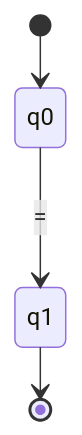
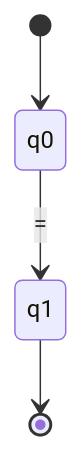
One commit to MuriloSilvaRego/LSD changed the diagram in Automatons/AFD_Atribuicao.md. Above: the diagram before and after it, drawn with Mermaid.

````diff
--- a/Automatons/AFD_Atribuicao.md
+++ b/Automatons/AFD_Atribuicao.md
@@ -1,7 +1,6 @@
 ```mermaid
-%%{ init: { "layout": "elk" } }%%
 stateDiagram-v2
     [*] --> q0
     q0 --> q1 : =
     q1 --> [*]
 ```
````
